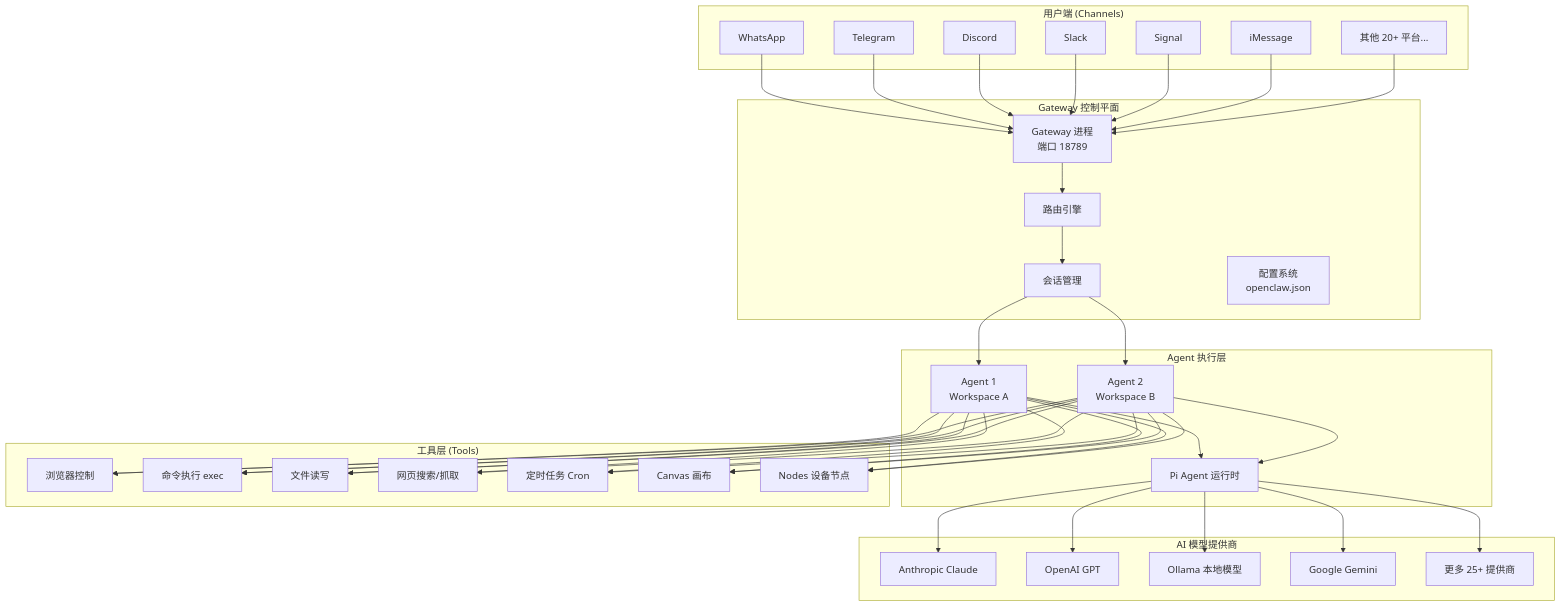
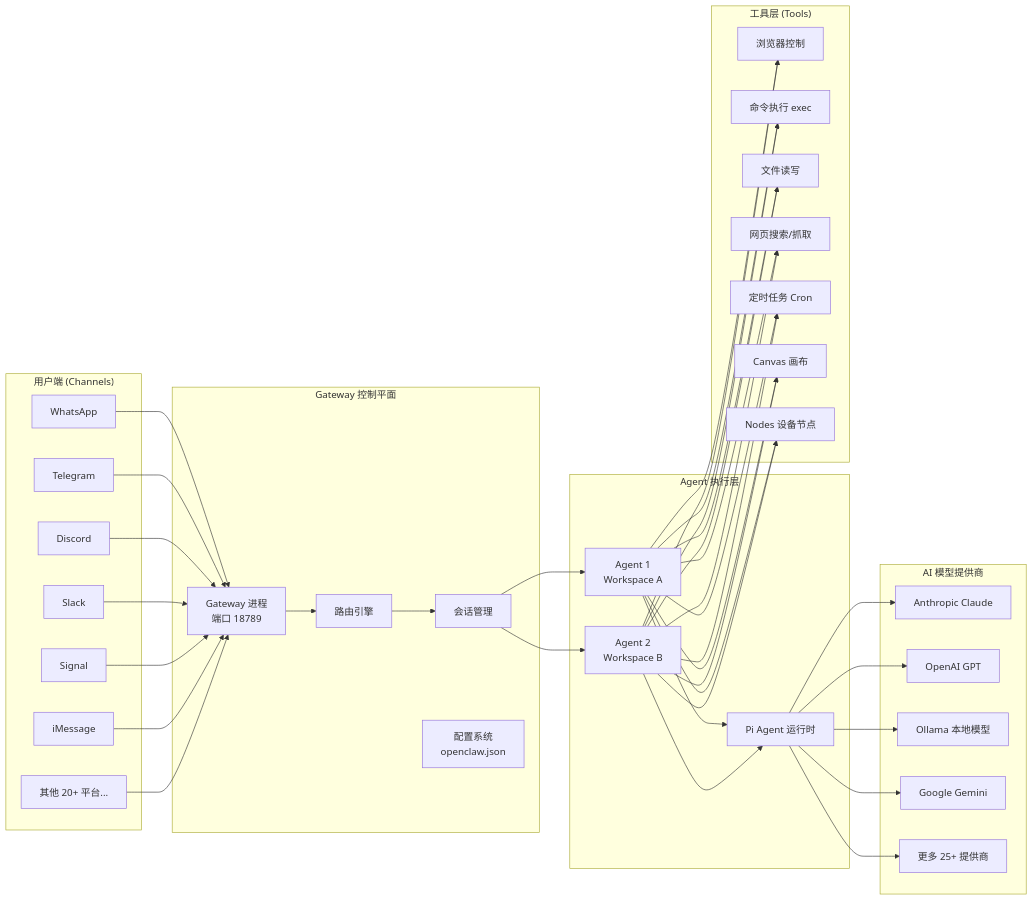
The second of 7 diagrams in Code/ai/openclaw概述.md (xuchaoxin1375/blogs), drawn with Mermaid before and after one commit. The commit also changed other lines of this file and 6 other files, not shown here.

````diff
--- a/Code/ai/openclaw概述.md
+++ b/Code/ai/openclaw概述.md
@@ -186,50 +205,50 @@
 ```mermaid
-graph TB
+graph LR
     subgraph "用户端 (Channels)"
         WA[WhatsApp]
         TG[Telegram]
         DC[Discord]
         SL[Slack]
         SG[Signal]
         IM[iMessage]
         MORE[其他 20+ 平台...]
     end
 
     subgraph "Gateway 控制平面"
         GW[Gateway 进程<br/>端口 18789]
         RT[路由引擎]
         SM[会话管理]
         CFG[配置系统<br/>openclaw.json]
     end
 
     subgraph "Agent 执行层"
         A1[Agent 1<br/>Workspace A]
         A2[Agent 2<br/>Workspace B]
         PI[Pi Agent 运行时]
     end
 
     subgraph "AI 模型提供商"
         AN[Anthropic Claude]
         OA[OpenAI GPT]
         OL[Ollama 本地模型]
         GM[Google Gemini]
         MR[更多 25+ 提供商]
     end
 
     subgraph "工具层 (Tools)"
         BR[浏览器控制]
         EX[命令执行 exec]
         FS[文件读写]
         WEB[网页搜索/抓取]
         CR[定时任务 Cron]
         CV[Canvas 画布]
         ND[Nodes 设备节点]
     end
 
     WA & TG & DC & SL & SG & IM & MORE --> GW
     GW --> RT --> SM
     SM --> A1 & A2
     A1 & A2 --> PI
     PI --> AN & OA & OL & GM & MR
     A1 & A2 --> BR & EX & FS & WEB & CR & CV & ND
 ```
````
